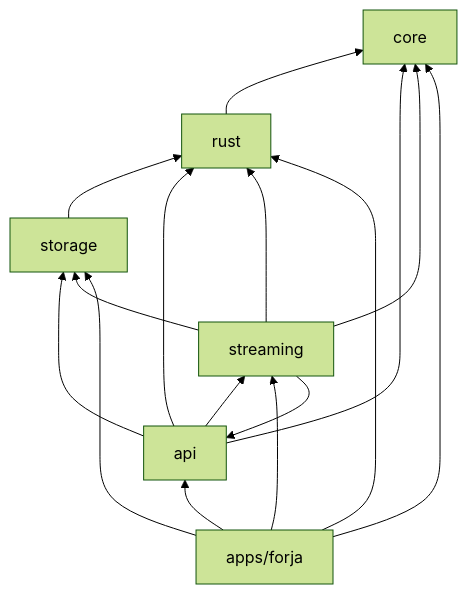
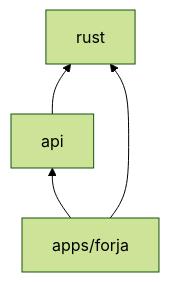
The seventh of 7 diagrams in docs/ARCHITECTURE.md (mGhassen/Forja), drawn with Mermaid (forest theme) before and after one commit. The commit also changed other lines of this file and 5 other files, not shown here.

Commit message:
refactor: Replace HTTP client calls with Rust integration in PasteShDecryptor and M3uFetcher; update architecture documentation to reflect the removal of legacy packages and clarify the current state of the project

````diff
--- a/docs/ARCHITECTURE.md
+++ b/docs/ARCHITECTURE.md
@@ -388,9 +385,6 @@
 ```mermaid
 flowchart BT
-  core[core]
-  rust[rust] --> core
-  storage[storage] --> rust
-  api[api] --> storage & streaming & rust & core
-  streaming[streaming] --> api & storage & rust & core
-  app["apps/forja"] --> api & storage & streaming & rust & core
+  rust[rust]
+  api[api] --> rust
+  app["apps/forja"] --> api & rust
 ```
````
